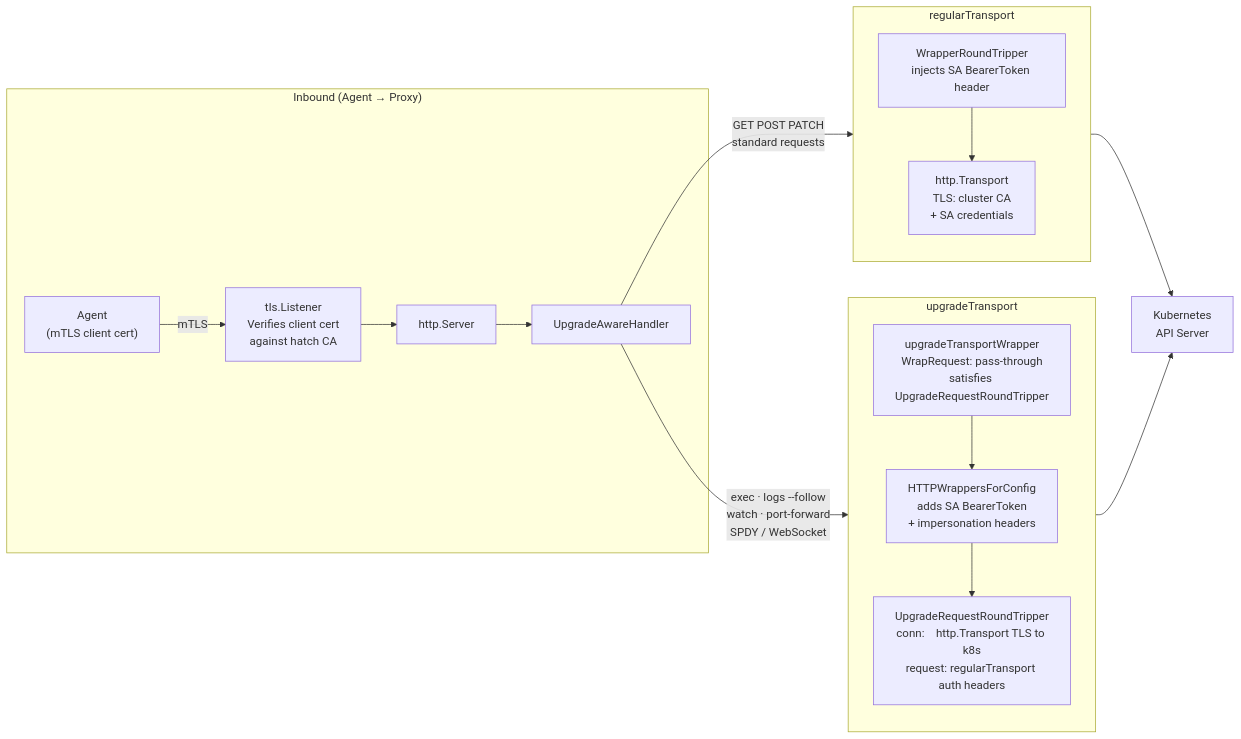
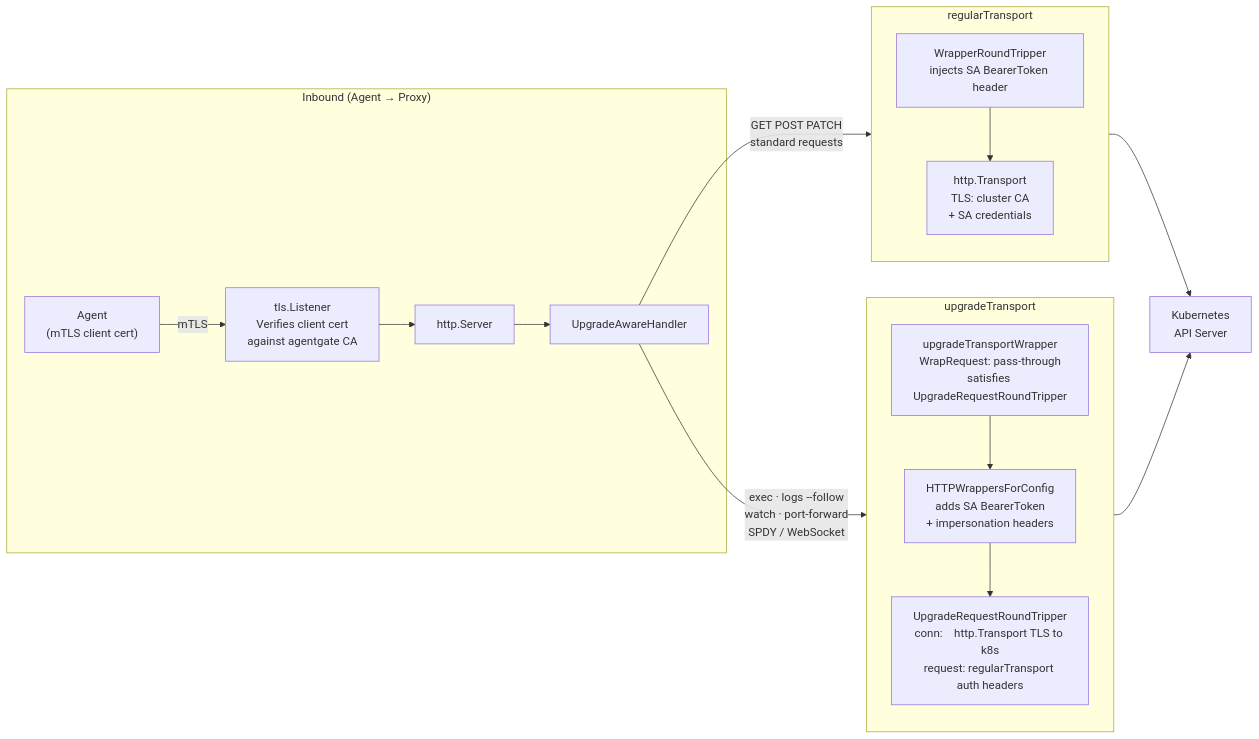
Before and after one commit to avinashpenmetsa/k8s-agentgate: the third of 4 diagrams in ARCHITECTURE.md, drawn with Mermaid. The commit also changed other lines of this file and 20 other files, not shown here.

````diff
--- a/ARCHITECTURE.md
+++ b/ARCHITECTURE.md
@@ -75,30 +75,30 @@
 ```mermaid
 graph LR
     subgraph inbound["Inbound  (Agent → Proxy)"]
         agent["Agent\n(mTLS client cert)"]
-        tlsln["tls.Listener\nVerifies client cert\nagainst hatch CA"]
+        tlsln["tls.Listener\nVerifies client cert\nagainst agentgate CA"]
         httpsrv["http.Server"]
         uah["UpgradeAwareHandler"]
     end
 
     subgraph regular["regularTransport"]
         direction TB
         wrap["WrapperRoundTripper\ninjects SA BearerToken header"]
         httpt["http.Transport\nTLS: cluster CA\n+ SA credentials"]
         wrap --> httpt
     end
 
     subgraph upgrade["upgradeTransport"]
         direction TB
         utw["upgradeTransportWrapper\nWrapRequest: pass-through\nsatisfies UpgradeRequestRoundTripper"]
         httpw["HTTPWrappersForConfig\nadds SA BearerToken\n+ impersonation headers"]
         urt["UpgradeRequestRoundTripper\nconn:    http.Transport TLS to k8s\nrequest: regularTransport auth headers"]
         utw --> httpw --> urt
     end
 
     k8s["Kubernetes\nAPI Server"]
 
     agent -->|"mTLS"| tlsln --> httpsrv --> uah
     uah -->|"GET POST PATCH\nstandard requests"| regular --> k8s
     uah -->|"exec · logs --follow\nwatch · port-forward\nSPDY / WebSocket"| upgrade --> k8s
 ```
````
